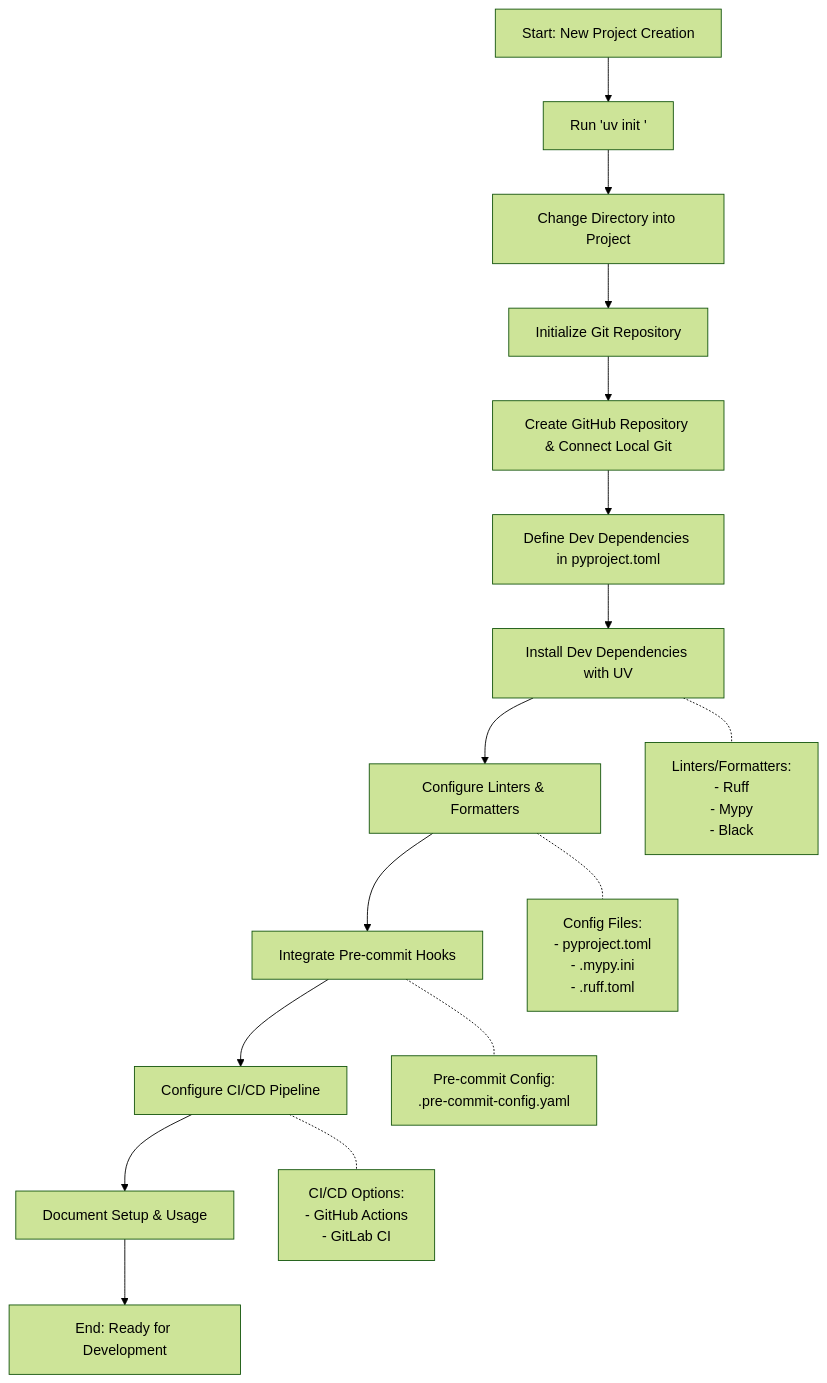
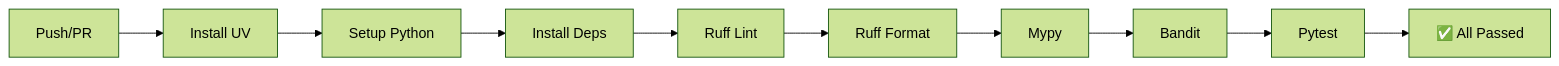
The diagram in README.md (frantizek/my-awesome-project-template), drawn with Mermaid (forest theme) before and after one commit. The commit also changed other lines of this file and 1 other file, not shown here.

````diff
--- a/README.md
+++ b/README.md
@@ -3,20 +218,12 @@
 ```mermaid
-graph TD
-    A[Start: New Project Creation] --> B[Run 'uv init <project-name>']
-    B --> C[Change Directory into Project]
-    C --> D[Initialize Git Repository]
-    D --> E[Create GitHub Repository & Connect Local Git]
-    E --> F[Define Dev Dependencies in pyproject.toml]
-    F --> G[Install Dev Dependencies with UV]
-    G --> H[Configure Linters & Formatters]
-    H --> I[Integrate Pre-commit Hooks]
-    I --> J[Configure CI/CD Pipeline]
-    J --> K[Document Setup & Usage]
-    K --> L[End: Ready for Development]
-
-    %% Additional details
-    G -.- G1[Linters/Formatters:\n- Ruff\n- Mypy\n- Black]
-    H -.- H1[Config Files:\n- pyproject.toml\n- .mypy.ini\n- .ruff.toml]
-    I -.- I1[Pre-commit Config:\n.pre-commit-config.yaml]
-    J -.- J1[CI/CD Options:\n- GitHub Actions\n- GitLab CI]
+graph LR
+A[Push/PR] --> B[Install UV]
+B --> C[Setup Python]
+C --> D[Install Deps]
+D --> E[Ruff Lint]
+E --> F[Ruff Format]
+F --> G[Mypy]
+G --> H[Bandit]
+H --> I[Pytest]
+I --> J[✅ All Passed]
 ```
````
